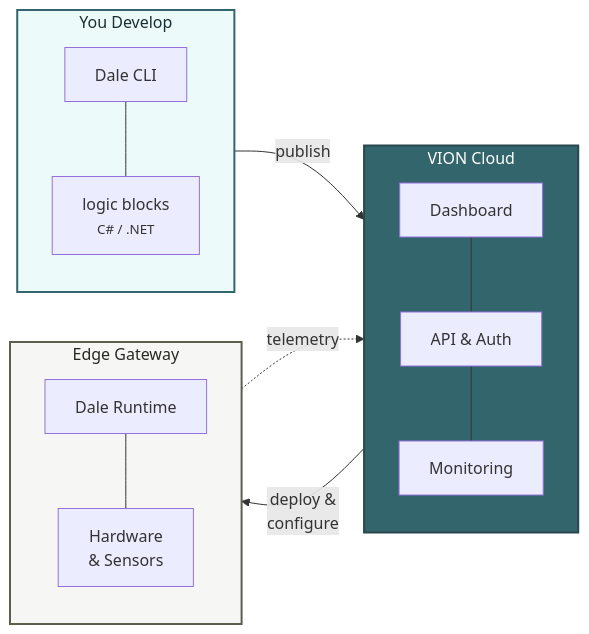
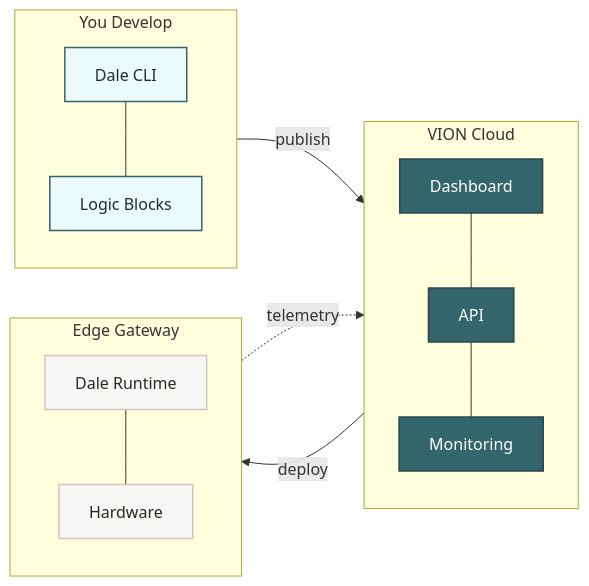
The first of 4 diagrams in docs/introduction/what-is-vion.md (VION-IoT/documentation), drawn with Mermaid before and after one commit. The commit also changed other lines of this file and 2 other files, not shown here.

First line of the commit message:
Improve mermaid diagram styling and fix node text clipping

````diff
--- a/docs/introduction/what-is-vion.md
+++ b/docs/introduction/what-is-vion.md
@@ -12,32 +12,36 @@
 ```mermaid
 flowchart LR
     subgraph You["You Develop"]
         direction TB
         CLI["Dale CLI"]
-        Code["logic blocks<br/><small>C# / .NET</small>"]
+        Code["Logic Blocks"]
         CLI --- Code
     end
 
     subgraph Cloud["VION Cloud"]
         direction TB
         Dash["Dashboard"]
-        API["API & Auth"]
+        API["API"]
         Mon["Monitoring"]
         Dash --- API --- Mon
     end
 
     subgraph Edge["Edge Gateway"]
         direction TB
         Runtime["Dale Runtime"]
-        HW["Hardware<br/>& Sensors"]
+        HW["Hardware"]
         Runtime --- HW
     end
 
     You -->|"publish"| Cloud
-    Cloud -->|"deploy &<br/>configure"| Edge
+    Cloud -->|"deploy"| Edge
     Edge -.->|"telemetry"| Cloud
 
-    style You fill:#ecfbfa,stroke:#32656c,stroke-width:2px,color:#192f33
-    style Cloud fill:#32656c,stroke:#2b474e,stroke-width:2px,color:#ffffff
-    style Edge fill:#f6f7f5,stroke:#5d5e4e,stroke-width:2px,color:#282921
+    classDef light fill:#ecfbfa,stroke:#32656c,stroke-width:1.5px,color:#192f33
+    classDef dark fill:#32656c,stroke:#2b474e,stroke-width:1.5px,color:#ffffff
+    classDef muted fill:#f6f7f5,stroke:#c8c9be,stroke-width:1.5px,color:#282921
+
+    class CLI,Code light
+    class Dash,API,Mon dark
+    class Runtime,HW muted
 ```
````
